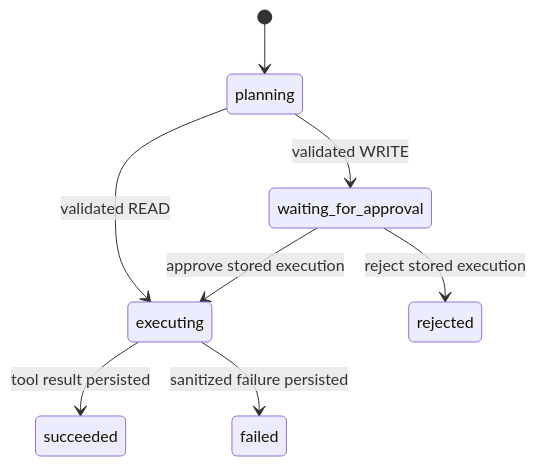
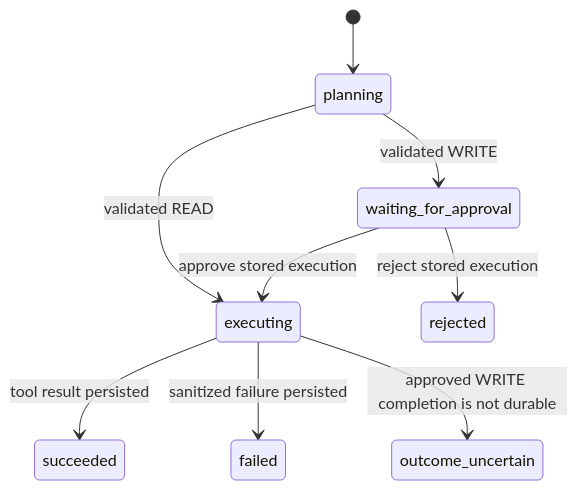
The second of 2 diagrams in docs/architecture.md (EstiveJobson/aura), drawn with Mermaid before and after one commit. The commit also changed other lines of this file and 12 other files, not shown here.

````diff
--- a/docs/architecture.md
+++ b/docs/architecture.md
@@ -65,10 +65,11 @@
 ```mermaid
 stateDiagram-v2
     [*] --> planning
     planning --> executing: validated READ
     planning --> waiting_for_approval: validated WRITE
     waiting_for_approval --> executing: approve stored execution
     waiting_for_approval --> rejected: reject stored execution
     executing --> succeeded: tool result persisted
     executing --> failed: sanitized failure persisted
+    executing --> outcome_uncertain: approved WRITE completion is not durable
 ```
````
